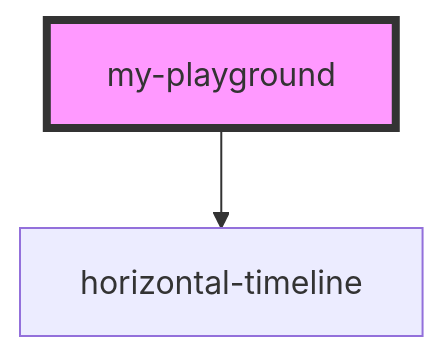
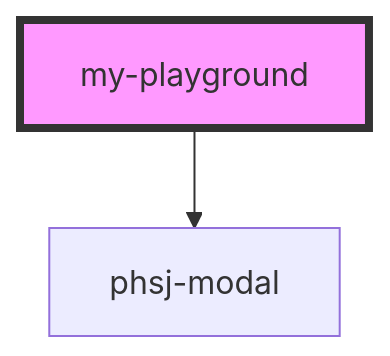
Before and after one commit to phmatos07/ph-stencil-js: the diagram in src/components/my-playground/readme.md, drawn with Mermaid. The commit also changed other lines of this file and 5 other files, not shown here.

````diff
--- a/src/components/my-playground/readme.md
+++ b/src/components/my-playground/readme.md
@@ -15,5 +15,5 @@
 ```mermaid
 graph TD;
-  my-playground --> horizontal-timeline
+  my-playground --> phsj-modal
   style my-playground fill:#f9f,stroke:#333,stroke-width:4px
 ```
````
